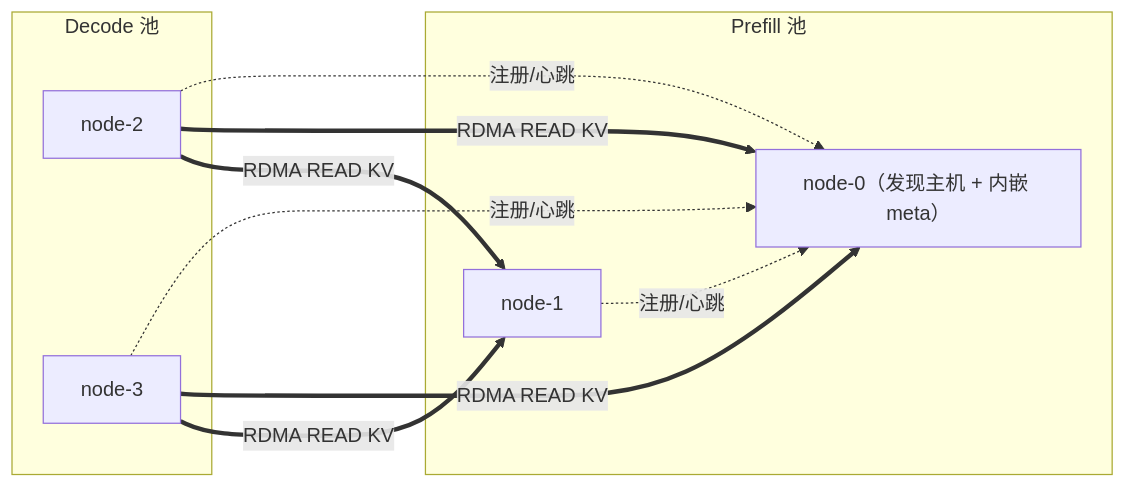
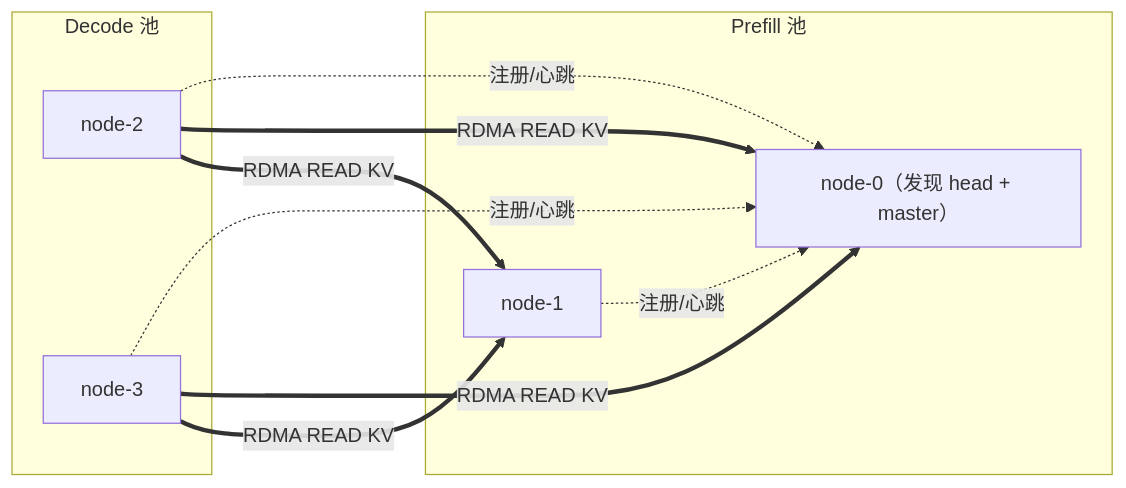
Before and after one commit to flymysql/PeerCache: the diagram in docs/getting-started.zh.md, drawn with Mermaid. The commit also changed other lines of this file and 14 other files, not shown here.

````diff
--- a/docs/getting-started.zh.md
+++ b/docs/getting-started.zh.md
@@ -73,13 +85,13 @@
 ```mermaid
 flowchart LR
     subgraph prefill [Prefill 池]
-      PF0["node-0（发现主机 + 内嵌 meta）"]
+      PF0["node-0（发现 head + master）"]
       PF1[node-1]
     end
     subgraph decode [Decode 池]
       DC0[node-2]
       DC1[node-3]
     end
     PF1 & DC0 & DC1 -. 注册/心跳 .-> PF0
     DC0 & DC1 ==>|RDMA READ KV| PF0 & PF1
 ```
````
